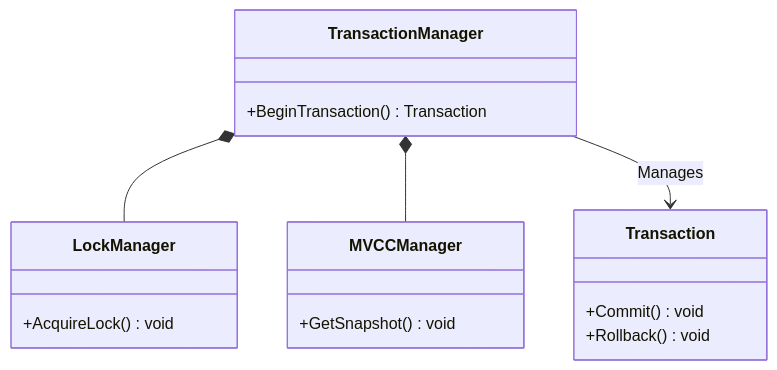
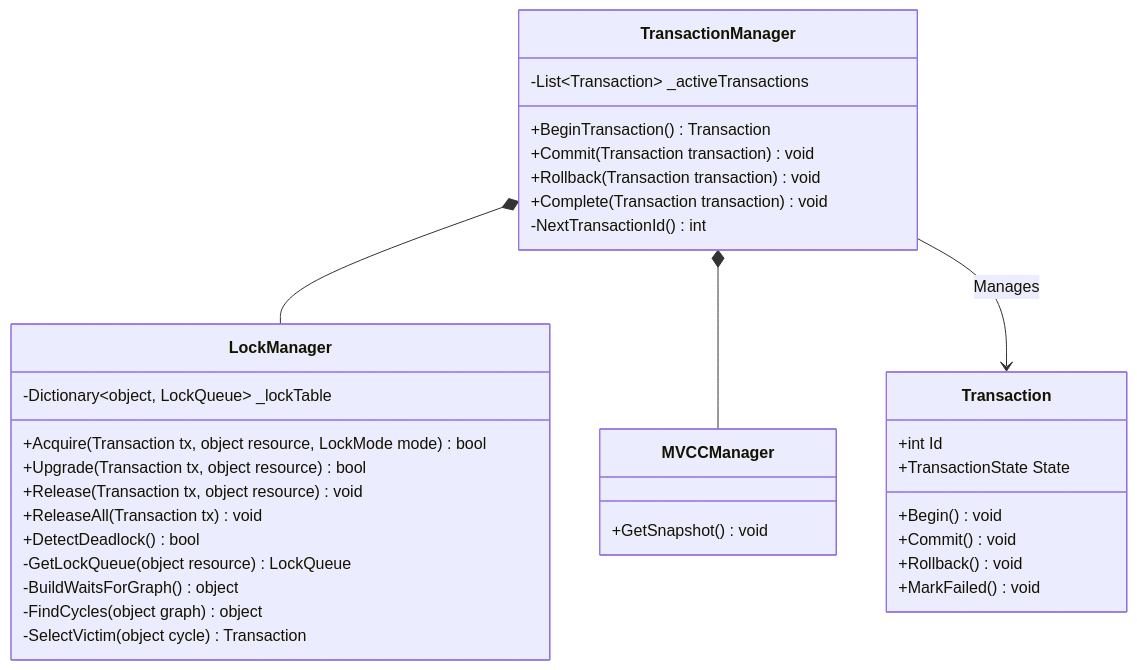
Before and after one commit to manaxpow/DBMS: the fifth of 52 diagrams in README.md, drawn with Mermaid. The commit also changed other lines of this file and 15 other files, not shown here.

````diff
--- a/README.md
+++ b/README.md
@@ -422,21 +422,39 @@
 ```mermaid
 classDiagram
     direction TB
     class TransactionManager {
+        -List~Transaction~ _activeTransactions
         +BeginTransaction() Transaction
+        +Commit(Transaction transaction) void
+        +Rollback(Transaction transaction) void
+        +Complete(Transaction transaction) void
+        -NextTransactionId() int
     }
     class Transaction {
+        +int Id
+        +TransactionState State
+        +Begin() void
         +Commit() void
         +Rollback() void
+        +MarkFailed() void
     }
     class LockManager {
-        +AcquireLock() void
+        -Dictionary~object, LockQueue~ _lockTable
+        +Acquire(Transaction tx, object resource, LockMode mode) bool
+        +Upgrade(Transaction tx, object resource) bool
+        +Release(Transaction tx, object resource) void
+        +ReleaseAll(Transaction tx) void
+        +DetectDeadlock() bool
+        -GetLockQueue(object resource) LockQueue
+        -BuildWaitsForGraph() object
+        -FindCycles(object graph) object
+        -SelectVictim(object cycle) Transaction
     }
     class MVCCManager {
         +GetSnapshot() void
     }
 
     TransactionManager *-- LockManager
     TransactionManager *-- MVCCManager
     TransactionManager --> Transaction : Manages
 ```
````
